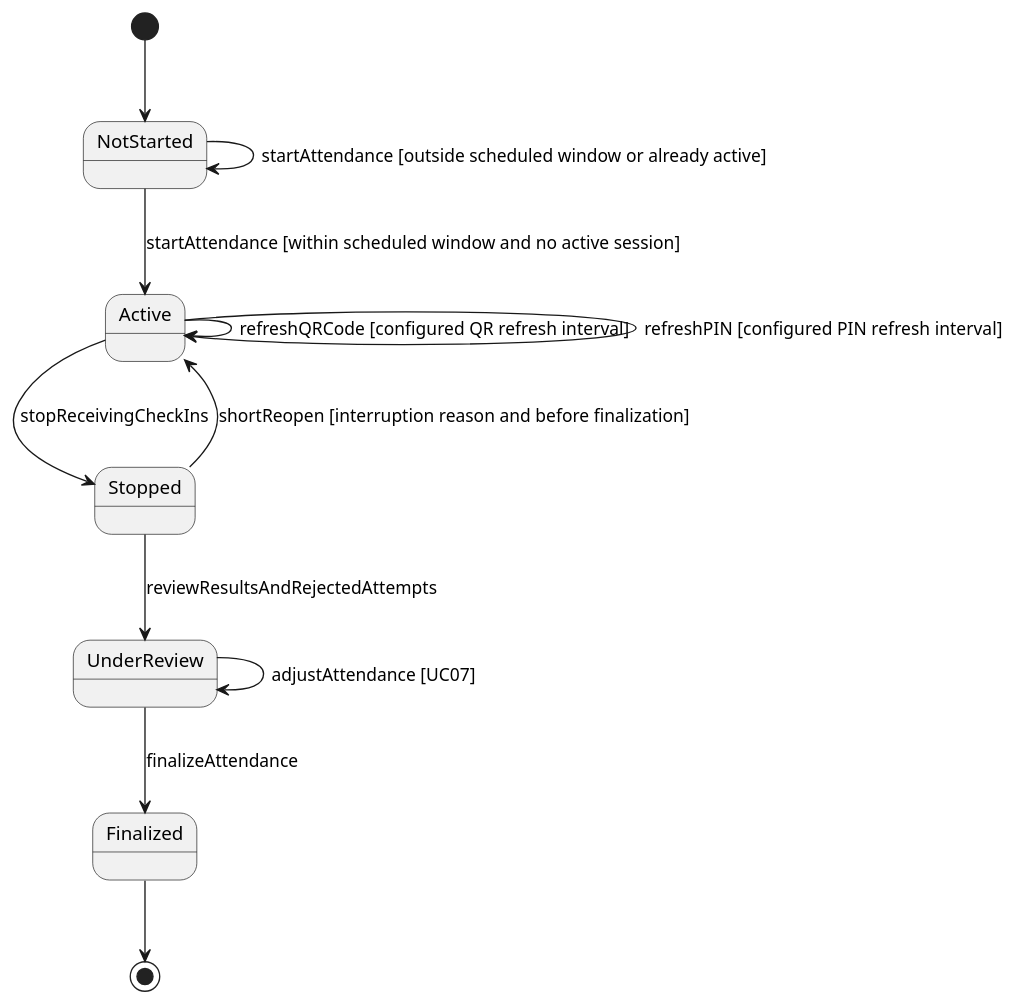
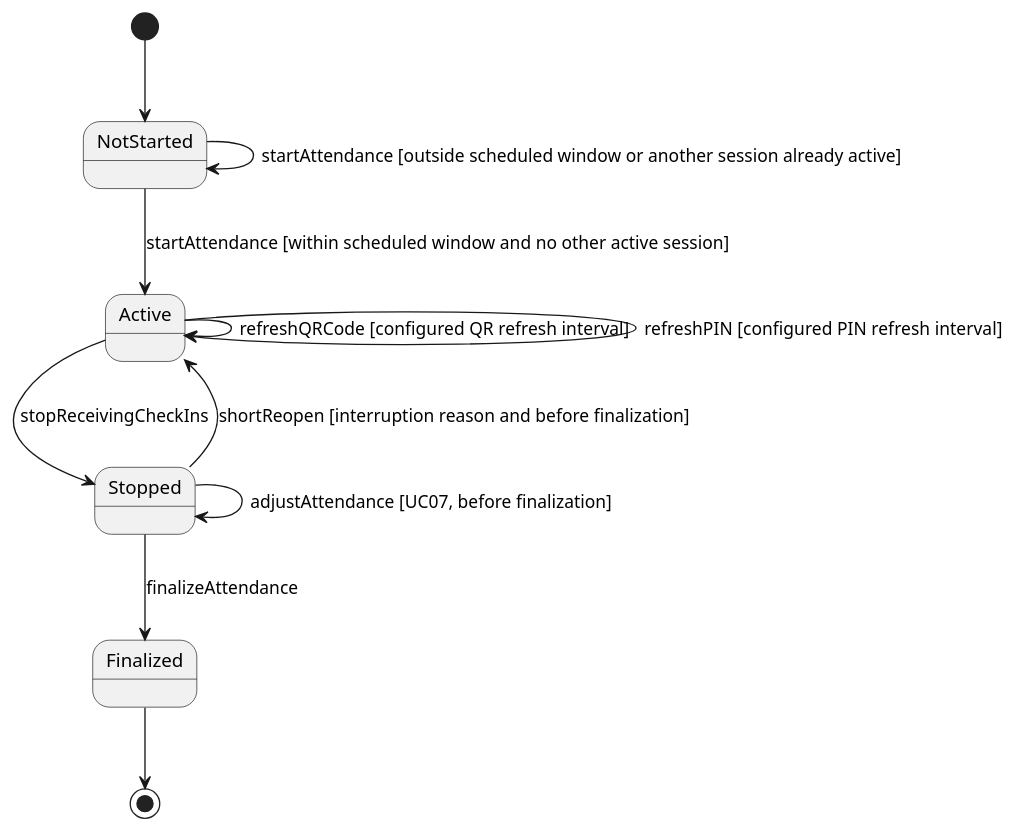
Diagram 27 of 29 in docs/rds/2_Analysis.md (nttung42/SWD392), drawn with PlantUML before and after one commit. The commit also changed other lines of this file and 1 other file, not shown here.

````diff
--- a/docs/rds/2_Analysis.md
+++ b/docs/rds/2_Analysis.md
@@ -1411,17 +1411,17 @@
 ```plantuml
 @startuml
+skinparam style strictuml
 [*] --> NotStarted
-NotStarted --> Active : startAttendance [within scheduled window and no active session]
-NotStarted --> NotStarted : startAttendance [outside scheduled window or already active]
+NotStarted --> Active : startAttendance [within scheduled window and no other active session]
+NotStarted --> NotStarted : startAttendance [outside scheduled window or another session already active]
 
 Active --> Active : refreshQRCode [configured QR refresh interval]
 Active --> Active : refreshPIN [configured PIN refresh interval]
 Active --> Stopped : stopReceivingCheckIns
 
 Stopped --> Active : shortReopen [interruption reason and before finalization]
-Stopped --> UnderReview : reviewResultsAndRejectedAttempts
-UnderReview --> UnderReview : adjustAttendance [UC07]
-UnderReview --> Finalized : finalizeAttendance
+Stopped --> Stopped : adjustAttendance [UC07, before finalization]
+Stopped --> Finalized : finalizeAttendance
 Finalized --> [*]
 @enduml
 ```
````
